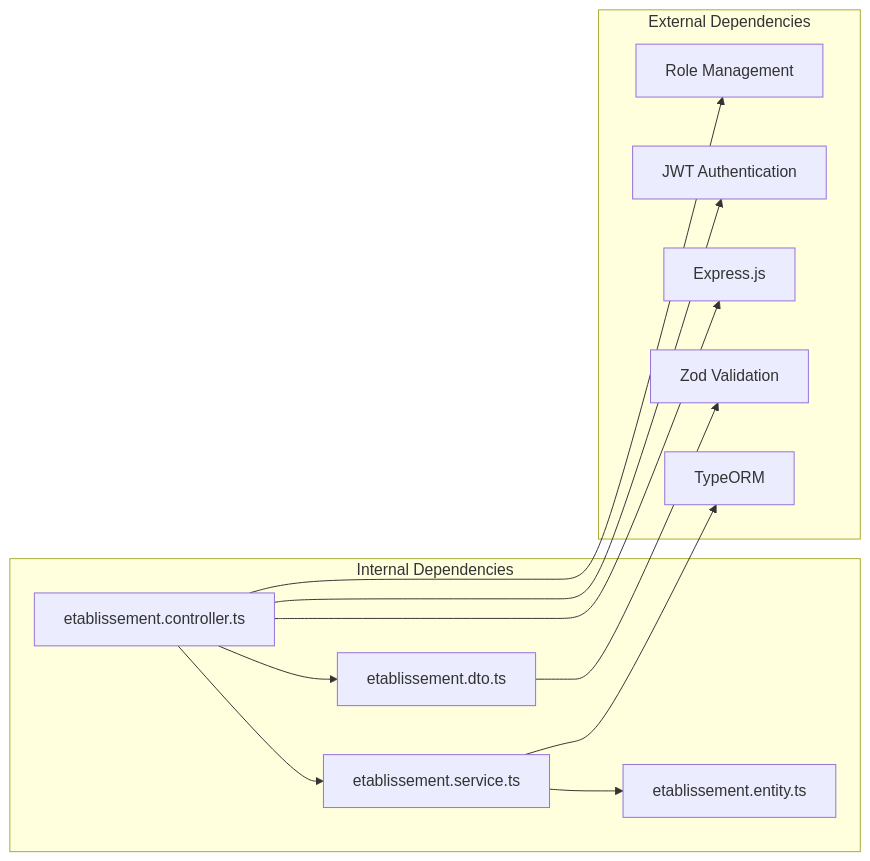
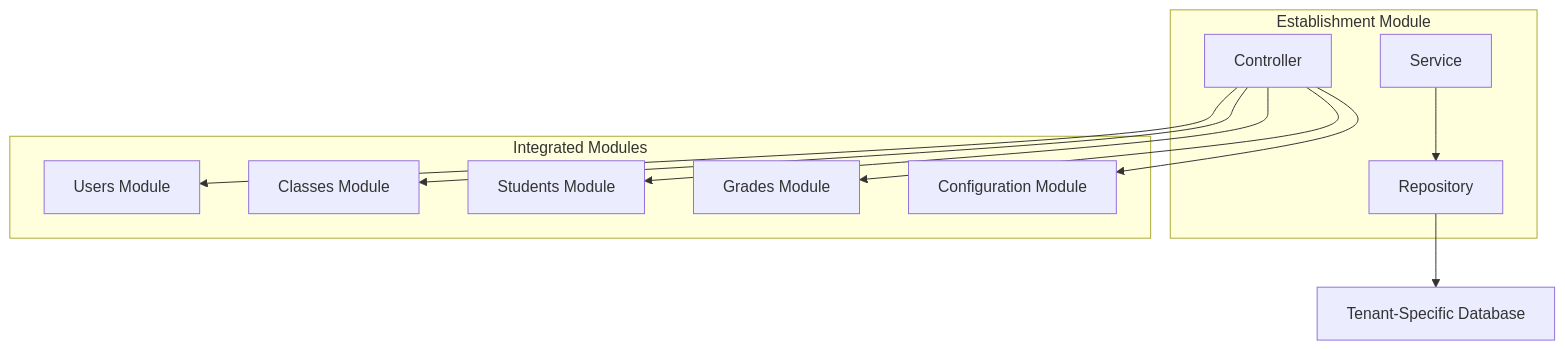
Before and after one commit to franckylab/eLISAschool: the tenth of 11 diagrams in .qoder/repowiki/en/content/Modules & Features/Administrative Modules/Establishment Management.md, drawn with Mermaid. The commit also changed other lines of this file and 126 other files, not shown here.

````diff
--- a/.qoder/repowiki/en/content/Modules & Features/Administrative Modules/Establishment Management.md
+++ b/.qoder/repowiki/en/content/Modules & Features/Administrative Modules/Establishment Management.md
@@ -345,24 +473,22 @@
 ```mermaid
-graph LR
-subgraph "Internal Dependencies"
-Controller["etablissement.controller.ts"]
-Service["etablissement.service.ts"]
-Entity["etablissement.entity.ts"]
-DTO["etablissement.dto.ts"]
+graph TB
+subgraph "Establishment Module"
+Controller["Controller"]
+Service["Service"]
+Repository["Repository"]
 end
-subgraph "External Dependencies"
-Express["Express.js"]
-TypeORM["TypeORM"]
-Zod["Zod Validation"]
-JWT["JWT Authentication"]
-Roles["Role Management"]
+subgraph "Integrated Modules"
+Users["Users Module"]
+Classes["Classes Module"]
+Students["Students Module"]
+Grades["Grades Module"]
+Configuration["Configuration Module"]
 end
-Controller --> Service
-Service --> Entity
-Controller --> DTO
-Controller --> Express
-Service --> TypeORM
-DTO --> Zod
-Controller --> JWT
-Controller --> Roles
+Controller --> Users
+Controller --> Classes
+Controller --> Students
+Controller --> Grades
+Controller --> Configuration
+Service --> Repository
+Repository --> Database["Tenant-Specific Database"]
 ```
````
